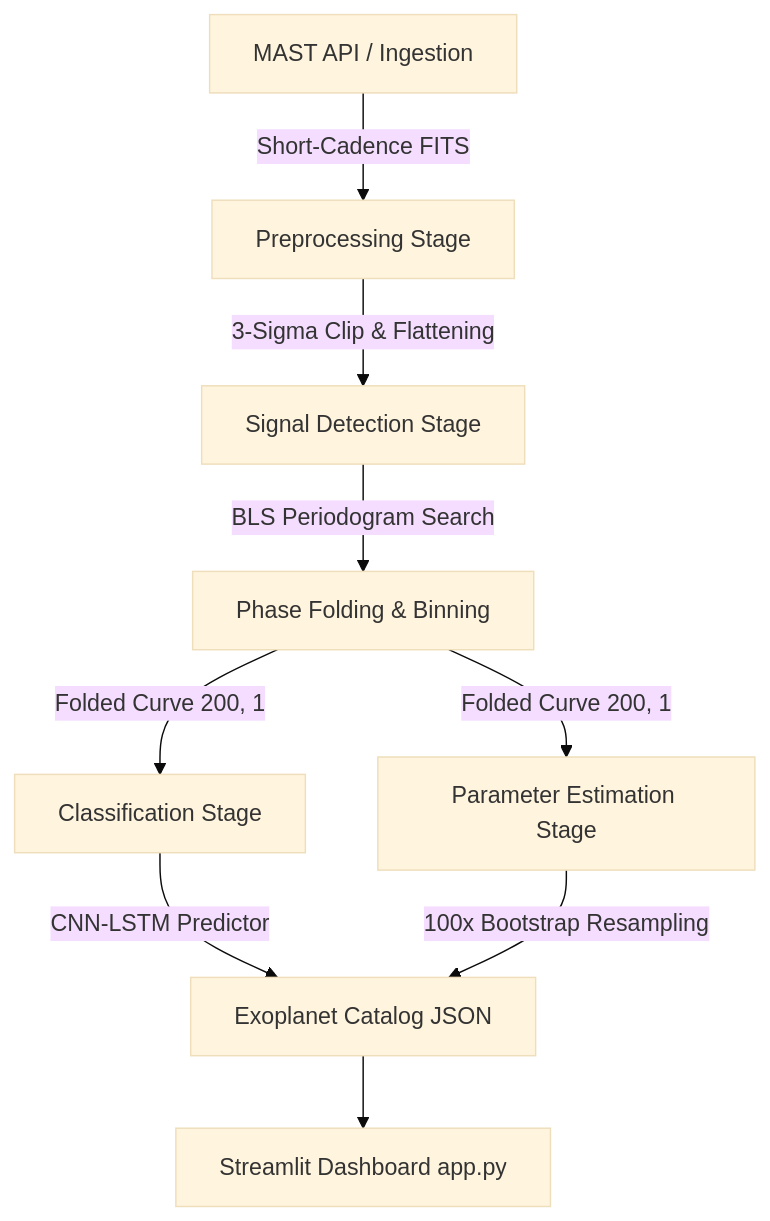
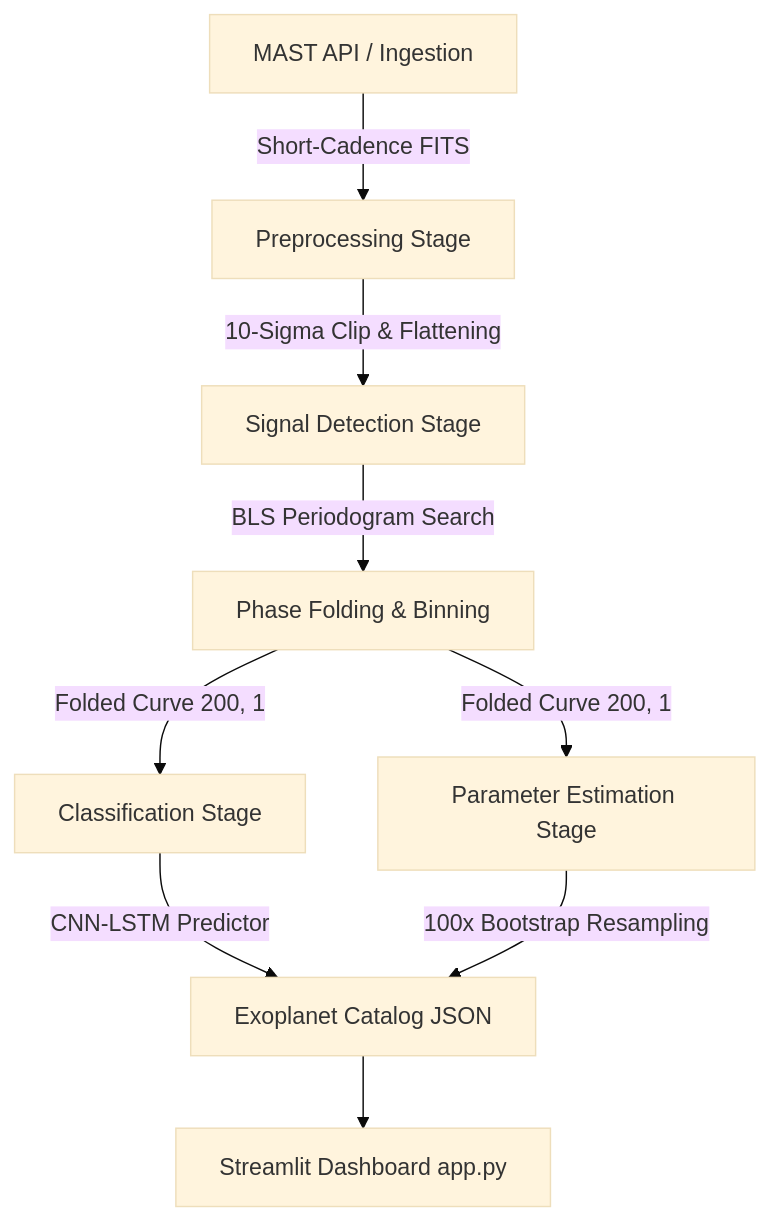
One commit to Solivagus17/AI-enabled-Detection-of-Exoplanets-from-Noisy-Astronomical-Light-Curves changed the diagram in README.md. Above: the diagram before and after it, drawn with Mermaid (base theme). The commit also changed other lines of this file, not shown here.

````diff
--- a/README.md
+++ b/README.md
@@ -11,11 +11,11 @@
 ```mermaid
 graph TD
     A[MAST API / Ingestion] -->|Short-Cadence FITS| B[Preprocessing Stage]
-    B -->|3-Sigma Clip & Flattening| C[Signal Detection Stage]
+    B -->|10-Sigma Clip & Flattening| C[Signal Detection Stage]
     C -->|BLS Periodogram Search| D[Phase Folding & Binning]
     D -->|Folded Curve 200, 1| E[Classification Stage]
     D -->|Folded Curve 200, 1| F[Parameter Estimation Stage]
     E -->|CNN-LSTM Predictor| G[Exoplanet Catalog JSON]
     F -->|100x Bootstrap Resampling| G
     G --> H[Streamlit Dashboard app.py]
 ```
````
